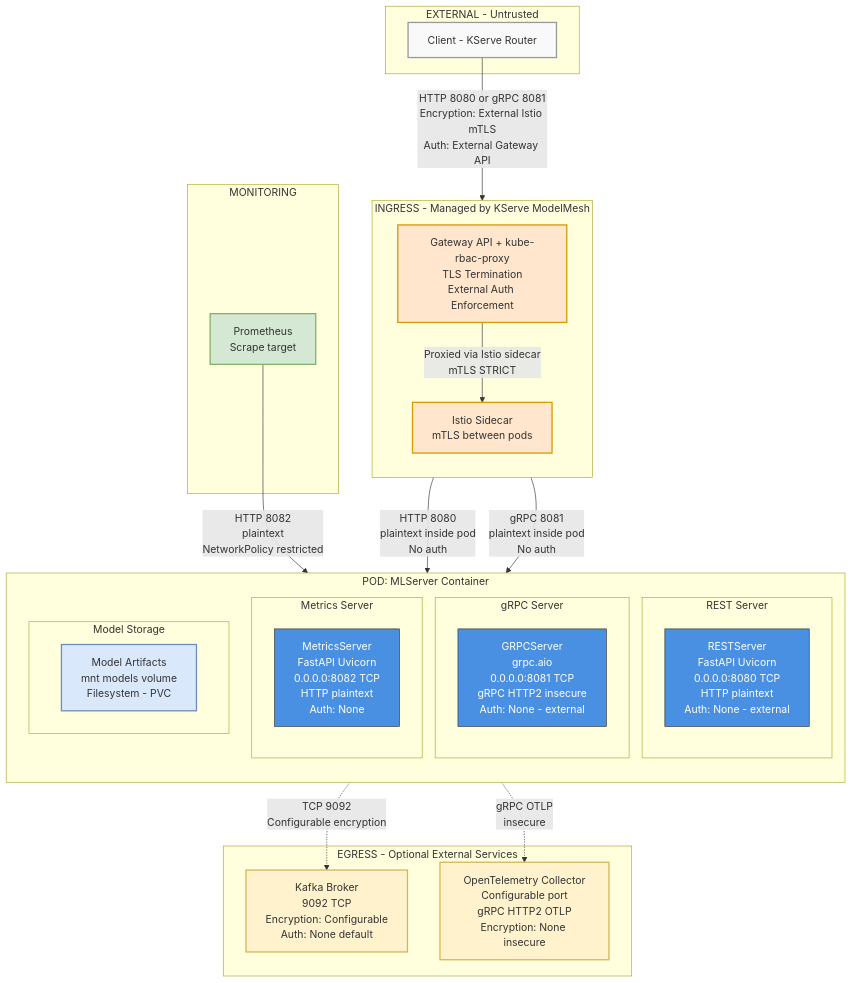
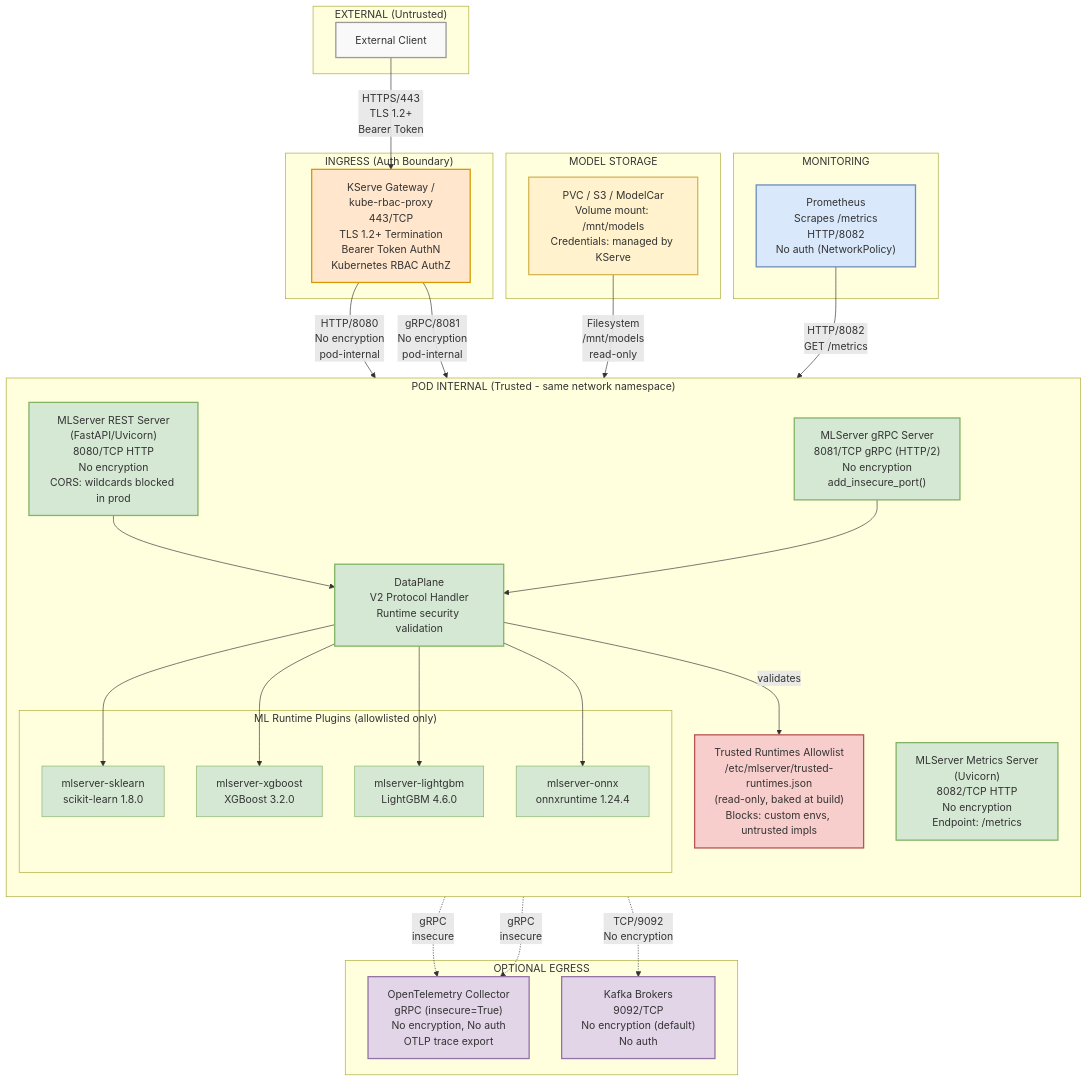
One commit to rhuss/architecture-context changed the diagram in architecture/rhoai-3.4/diagrams/mlserver-security-network.mmd. Above: the diagram before and after it, drawn with Mermaid. The commit also changed 1980 other files, not shown here.

First line of the commit message:
regenerate architecture for rhoai-2.25 and rhoai-3.4, make PNG export opt-in

```diff
--- a/architecture/rhoai-3.4/diagrams/mlserver-security-network.mmd
+++ b/architecture/rhoai-3.4/diagrams/mlserver-security-network.mmd
@@ -1,67 +1,85 @@
-%% MLServer Security Network Diagram
-%% Generated by: Claude Opus 4.6
-%% Source: architecture/rhoai-3.4/MLServer.md
-
 graph TB
-    subgraph External["EXTERNAL - Untrusted"]
-        Client["Client - KServe Router"]
+    subgraph External["EXTERNAL (Untrusted)"]
+        Client["External Client"]
     end
 
-    subgraph Ingress["INGRESS - Managed by KServe ModelMesh"]
-        direction TB
-        GatewayAPI["Gateway API + kube-rbac-proxy<br/>TLS Termination<br/>External Auth Enforcement"]
-        IstioSidecar["Istio Sidecar<br/>mTLS between pods"]
+    subgraph AuthBoundary["INGRESS (Auth Boundary)"]
+        Gateway["KServe Gateway /<br/>kube-rbac-proxy<br/>443/TCP<br/>TLS 1.2+ Termination<br/>Bearer Token AuthN<br/>Kubernetes RBAC AuthZ"]
     end
 
-    subgraph Pod["POD: MLServer Container"]
+    subgraph Pod["POD INTERNAL (Trusted - same network namespace)"]
         direction TB
 
-        subgraph RestZone["REST Server"]
-            REST["RESTServer<br/>FastAPI Uvicorn<br/>0.0.0.0:8080 TCP<br/>HTTP plaintext<br/>Auth: None - external"]
+        RESTServer["MLServer REST Server<br/>(FastAPI/Uvicorn)<br/>8080/TCP HTTP<br/>No encryption<br/>CORS: wildcards blocked in prod"]
+
+        GRPCServer["MLServer gRPC Server<br/>8081/TCP gRPC (HTTP/2)<br/>No encryption<br/>add_insecure_port()"]
+
+        MetricsServer["MLServer Metrics Server<br/>(Uvicorn)<br/>8082/TCP HTTP<br/>No encryption<br/>Endpoint: /metrics"]
+
+        DataPlane["DataPlane<br/>V2 Protocol Handler<br/>Runtime security validation"]
+
+        TrustedRuntimes["Trusted Runtimes Allowlist<br/>/etc/mlserver/trusted-runtimes.json<br/>(read-only, baked at build)<br/>Blocks: custom envs, untrusted impls"]
+
+        subgraph RuntimePlugins["ML Runtime Plugins (allowlisted only)"]
+            SKLearn["mlserver-sklearn<br/>scikit-learn 1.8.0"]
+            XGBoost["mlserver-xgboost<br/>XGBoost 3.2.0"]
+            LightGBM["mlserver-lightgbm<br/>LightGBM 4.6.0"]
+            ONNXRuntime["mlserver-onnx<br/>onnxruntime 1.24.4"]
         end
 
-        subgraph GrpcZone["gRPC Server"]
-            GRPC["GRPCServer<br/>grpc.aio<br/>0.0.0.0:8081 TCP<br/>gRPC HTTP2 insecure<br/>Auth: None - external"]
-        end
-
-        subgraph MetricsZone["Metrics Server"]
-            Metrics["MetricsServer<br/>FastAPI Uvicorn<br/>0.0.0.0:8082 TCP<br/>HTTP plaintext<br/>Auth: None"]
-        end
-
-        subgraph ModelZone["Model Storage"]
-            Models["Model Artifacts<br/>mnt models volume<br/>Filesystem - PVC"]
-        end
+        RESTServer --> DataPlane
+        GRPCServer --> DataPlane
+        DataPlane -->|validates| TrustedRuntimes
+        DataPlane --> SKLearn
+        DataPlane --> XGBoost
+        DataPlane --> LightGBM
+        DataPlane --> ONNXRuntime
     end
 
-    subgraph EgressServices["EGRESS - Optional External Services"]
-        Kafka["Kafka Broker<br/>9092 TCP<br/>Encryption: Configurable<br/>Auth: None default"]
-        OTel["OpenTelemetry Collector<br/>Configurable port<br/>gRPC HTTP2 OTLP<br/>Encryption: None insecure"]
+    subgraph Storage["MODEL STORAGE"]
+        ModelStorage["PVC / S3 / ModelCar<br/>Volume mount: /mnt/models<br/>Credentials: managed by KServe"]
+    end
+
+    subgraph OptionalEgress["OPTIONAL EGRESS"]
+        OTelCollector["OpenTelemetry Collector<br/>gRPC (insecure=True)<br/>No encryption, No auth<br/>OTLP trace export"]
+        KafkaBroker["Kafka Brokers<br/>9092/TCP<br/>No encryption (default)<br/>No auth"]
     end
 
     subgraph Monitoring["MONITORING"]
-        Prometheus["Prometheus<br/>Scrape target"]
+        Prometheus["Prometheus<br/>Scrapes /metrics<br/>HTTP/8082<br/>No auth (NetworkPolicy)"]
     end
 
-    %% Flows
-    Client -->|"HTTP 8080 or gRPC 8081<br/>Encryption: External Istio mTLS<br/>Auth: External Gateway API"| GatewayAPI
-    GatewayAPI -->|"Proxied via Istio sidecar<br/>mTLS STRICT"| IstioSidecar
-    IstioSidecar -->|"HTTP 8080<br/>plaintext inside pod<br/>No auth"| REST
-    IstioSidecar -->|"gRPC 8081<br/>plaintext inside pod<br/>No auth"| GRPC
-    Prometheus -->|"HTTP 8082<br/>plaintext<br/>NetworkPolicy restricted"| Metrics
-    REST -.->|"TCP 9092<br/>Configurable encryption"| Kafka
-    REST -.->|"gRPC OTLP<br/>insecure"| OTel
+    %% External flows
+    Client -->|"HTTPS/443<br/>TLS 1.2+<br/>Bearer Token"| Gateway
+    Gateway -->|"HTTP/8080<br/>No encryption<br/>pod-internal"| RESTServer
+    Gateway -->|"gRPC/8081<br/>No encryption<br/>pod-internal"| GRPCServer
+
+    %% Storage
+    ModelStorage -->|"Filesystem<br/>/mnt/models<br/>read-only"| DataPlane
+
+    %% Optional egress
+    RESTServer -.->|"gRPC<br/>insecure"| OTelCollector
+    GRPCServer -.->|"gRPC<br/>insecure"| OTelCollector
+    DataPlane -.->|"TCP/9092<br/>No encryption"| KafkaBroker
+
+    %% Monitoring
+    Prometheus -->|"HTTP/8082<br/>GET /metrics"| MetricsServer
 
     %% Styling
     classDef external fill:#f9f9f9,stroke:#999,stroke-width:2px
     classDef ingress fill:#ffe6cc,stroke:#d79b00,stroke-width:2px
-    classDef pod fill:#dae8fc,stroke:#6c8ebf,stroke-width:2px
-    classDef server fill:#4a90e2,stroke:#333,stroke-width:1px,color:#fff
-    classDef egress fill:#fff2cc,stroke:#d6b656,stroke-width:2px
-    classDef monitoring fill:#d5e8d4,stroke:#82b366,stroke-width:2px
+    classDef podinternal fill:#d5e8d4,stroke:#82b366,stroke-width:2px
+    classDef security fill:#f8cecc,stroke:#b85450,stroke-width:2px
+    classDef storage fill:#fff2cc,stroke:#d6b656,stroke-width:2px
+    classDef optional fill:#e1d5e7,stroke:#9673a6,stroke-width:2px
+    classDef monitoring fill:#dae8fc,stroke:#6c8ebf,stroke-width:2px
+    classDef runtime fill:#d5e8d4,stroke:#82b366
 
     class Client external
-    class GatewayAPI,IstioSidecar ingress
-    class REST,GRPC,Metrics server
-    class Models pod
-    class Kafka,OTel egress
+    class Gateway ingress
+    class RESTServer,GRPCServer,MetricsServer,DataPlane podinternal
+    class TrustedRuntimes security
+    class SKLearn,XGBoost,LightGBM,ONNXRuntime runtime
+    class ModelStorage storage
+    class OTelCollector,KafkaBroker optional
     class Prometheus monitoring
```
